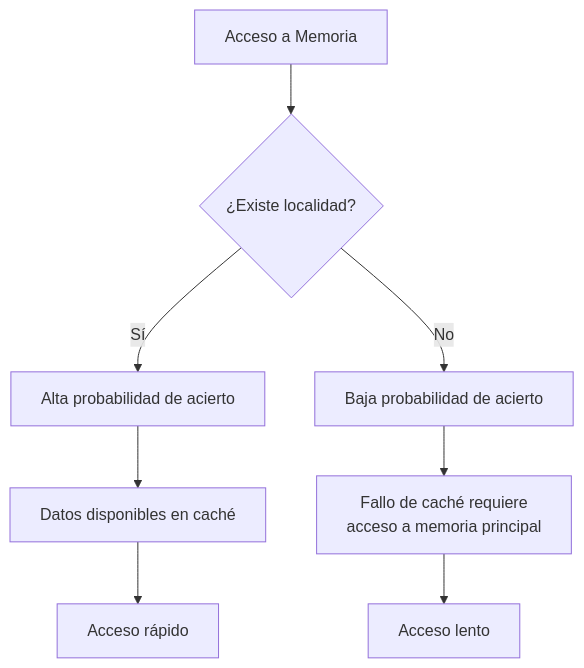
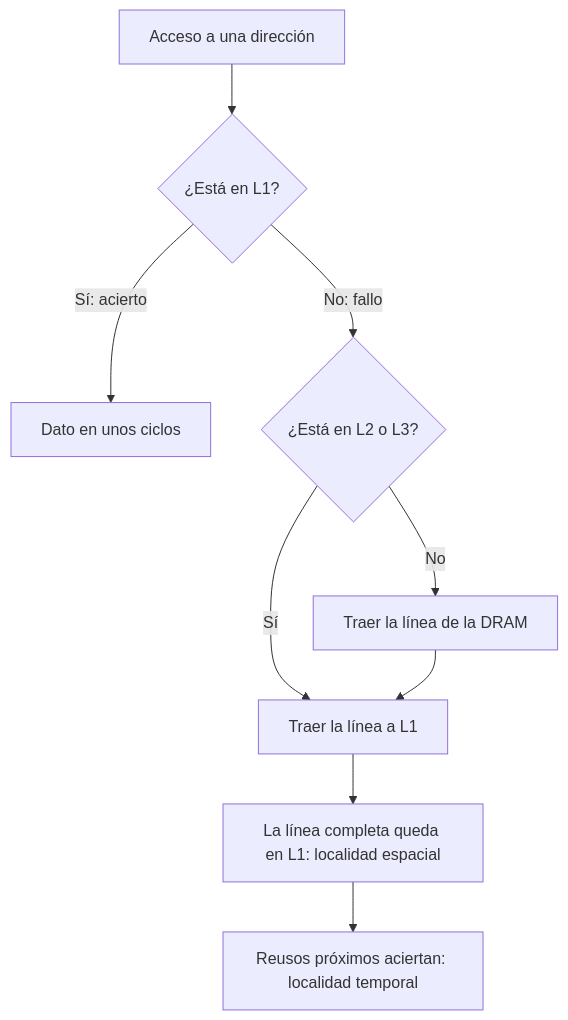
Before and after one commit to djaimej/computer-science-template: the diagram in public/documents/semester-4/4/4491.md, drawn with Mermaid. The commit also changed other lines of this file and 5 other files, not shown here.

````diff
--- a/public/documents/semester-4/4/4491.md
+++ b/public/documents/semester-4/4/4491.md
@@ -54,12 +57,11 @@
 ```mermaid
 flowchart TD
-    A[Acceso a Memoria] --> B{¿Existe localidad?}
-    B -->|Sí| C[Alta probabilidad de acierto]
-    B -->|No| D[Baja probabilidad de acierto]
-
-    C --> E[Datos disponibles en caché]
-    D --> F[Fallo de caché requiere<br>acceso a memoria principal]
-
-    E --> G[Acceso rápido]
-    F --> H[Acceso lento]
+    A["Acceso a una dirección"] --> B{"¿Está en L1?"}
+    B -->|"Sí: acierto"| C["Dato en unos ciclos"]
+    B -->|"No: fallo"| D{"¿Está en L2 o L3?"}
+    D -->|"Sí"| E["Traer la línea a L1"]
+    D -->|"No"| F["Traer la línea de la DRAM"]
+    F --> E
+    E --> G["La línea completa queda en L1: localidad espacial"]
+    G --> H["Reusos próximos aciertan: localidad temporal"]
 ```
````
